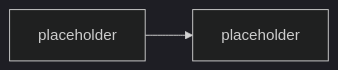
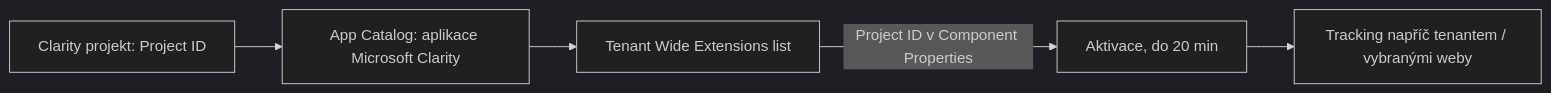
One commit to MalasekPetr/gopas-goc223 changed the diagram in day-4/clarity-configuration/README.md. Above: the diagram before and after it, drawn with Mermaid (dark theme). The commit also changed other lines of this file and 8 other files, not shown here.

````diff
--- a/day-4/clarity-configuration/README.md
+++ b/day-4/clarity-configuration/README.md
@@ -21,5 +45,7 @@
 ```mermaid
-%% TODO: diagram — Clarity projekt -> trackovací kód -> SPFx App Customizer -> tenant-wide deploy
 flowchart LR
-  A[placeholder] --> B[placeholder]
+  A[Clarity projekt: Project ID] --> B[App Catalog: aplikace Microsoft Clarity]
+  B --> C[Tenant Wide Extensions list]
+  C -->|Project ID v Component Properties| D[Aktivace, do 20 min]
+  D --> E[Tracking napříč tenantem / vybranými weby]
 ```
````
